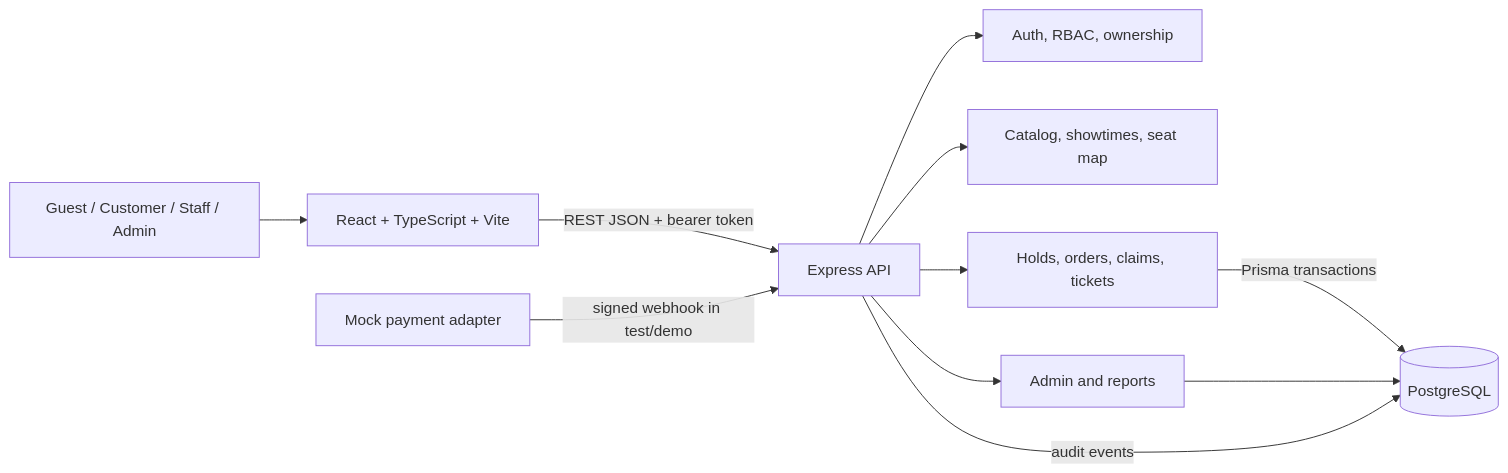
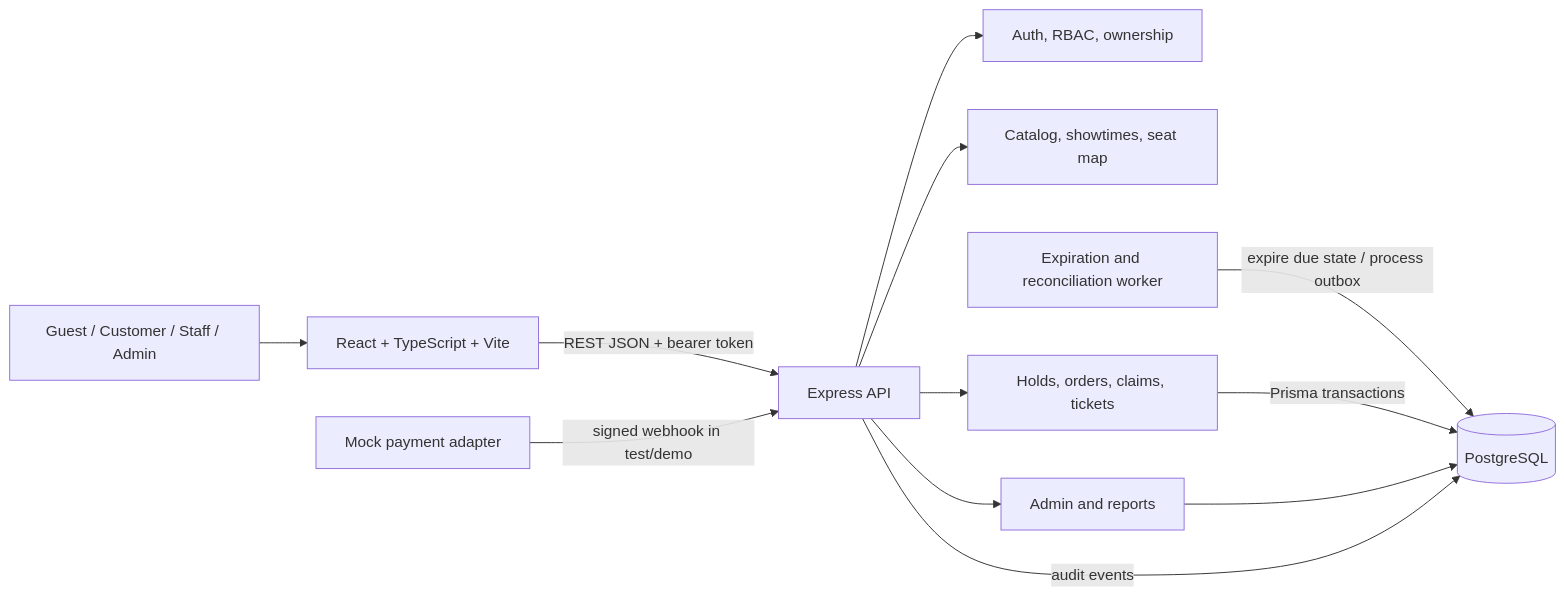
Before and after one commit to mahTuqn/DGKD_GK: the first of 4 diagrams in docs/08-architecture.md, drawn with Mermaid. The commit also changed other lines of this file and 27 other files, not shown here.

````diff
--- a/docs/08-architecture.md
+++ b/docs/08-architecture.md
@@ -7,13 +7,14 @@
 ```mermaid
 flowchart LR
   Actors[Guest / Customer / Staff / Admin] --> Browser[React + TypeScript + Vite]
   Browser -->|REST JSON + bearer token| API[Express API]
   API --> Auth[Auth, RBAC, ownership]
   API --> Catalog[Catalog, showtimes, seat map]
   API --> Booking[Holds, orders, claims, tickets]
+  Worker[Expiration and reconciliation worker] -->|expire due state / process outbox| DB
   API --> Admin[Admin and reports]
   Booking -->|Prisma transactions| DB[(PostgreSQL)]
   Admin --> DB
   Payment[Mock payment adapter] -->|signed webhook in test/demo| API
   API -->|audit events| DB
 ```
````
